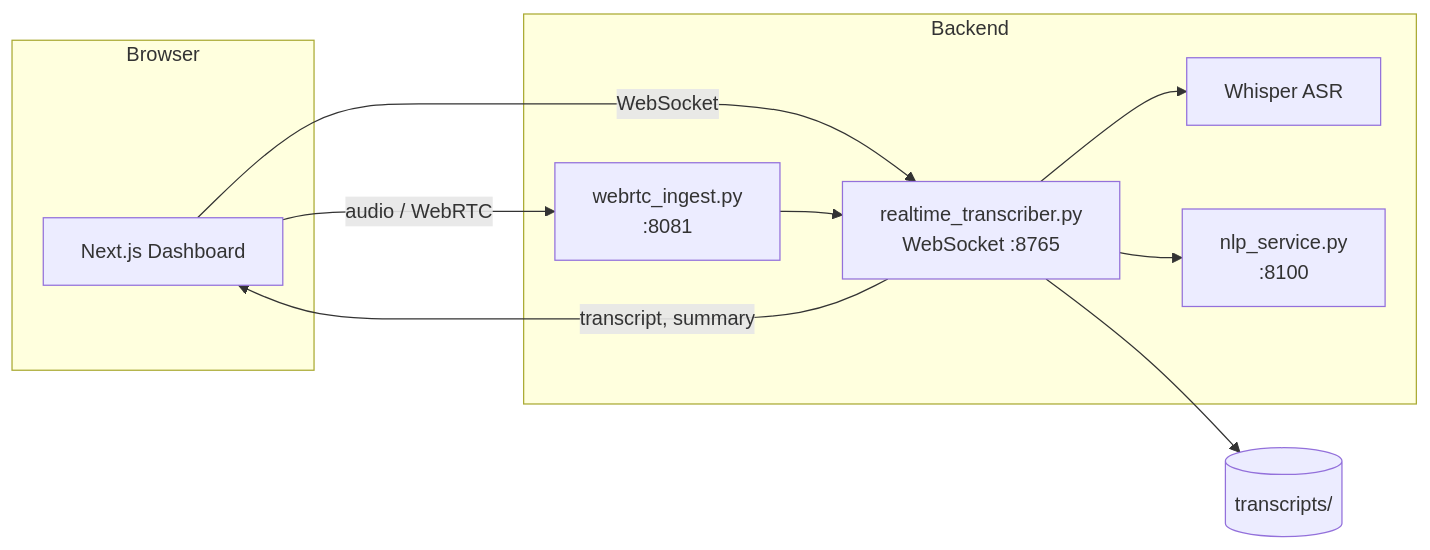
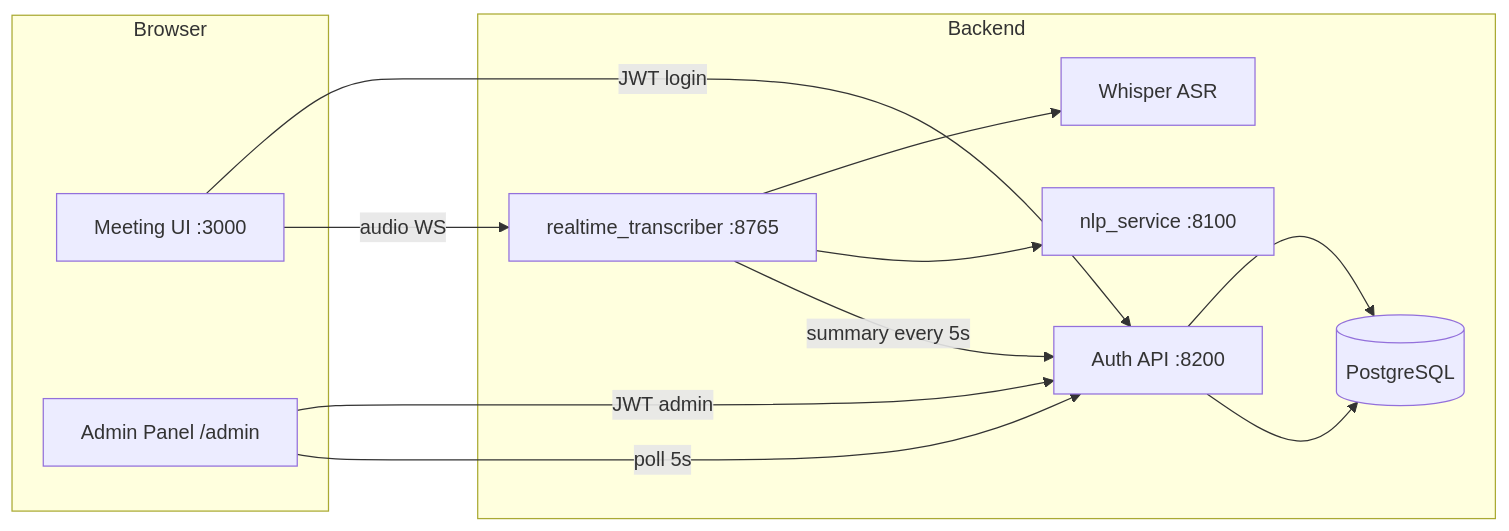
One commit to ashish8513/ai-meeting-live-transcriber changed the diagram in README.md. Above: the diagram before and after it, drawn with Mermaid. The commit also changed other lines of this file and 39 other files, not shown here.

First line of the commit message:
Add JWT auth API, admin dashboard, and Docker stack.

````diff
--- a/README.md
+++ b/README.md
@@ -97,19 +155,23 @@
 ```mermaid
 flowchart LR
   subgraph Browser
-    UI[Next.js Dashboard]
+    UI[Meeting UI :3000]
+    ADM[Admin Panel /admin]
   end
   subgraph Backend
-    WS[realtime_transcriber.py\nWebSocket :8765]
+    AUTH[Auth API :8200]
+    PG[(PostgreSQL)]
+    WS[realtime_transcriber :8765]
     WH[Whisper ASR]
-    NLP[nlp_service.py\n:8100]
-    WEB[webrtc_ingest.py\n:8081]
+    NLP[nlp_service :8100]
   end
-  UI -->|audio / WebRTC| WEB
-  UI -->|WebSocket| WS
-  WEB --> WS
+  UI -->|JWT login| AUTH
+  ADM -->|JWT admin| AUTH
+  AUTH --> PG
+  UI -->|audio WS| WS
   WS --> WH
   WS --> NLP
-  WS -->|transcript, summary| UI
-  WS --> FILES[(transcripts/)]
+  WS -->|summary every 5s| AUTH
+  AUTH --> PG
+  ADM -->|poll 5s| AUTH
 ```
````
